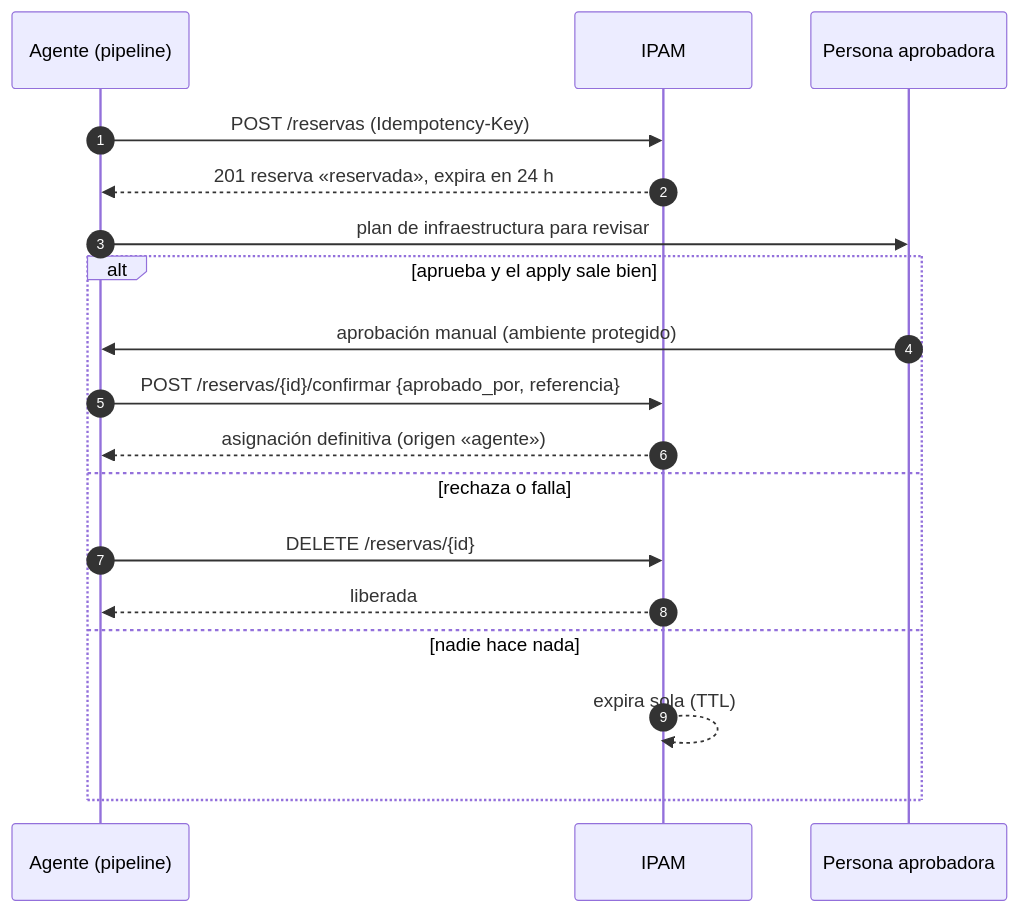
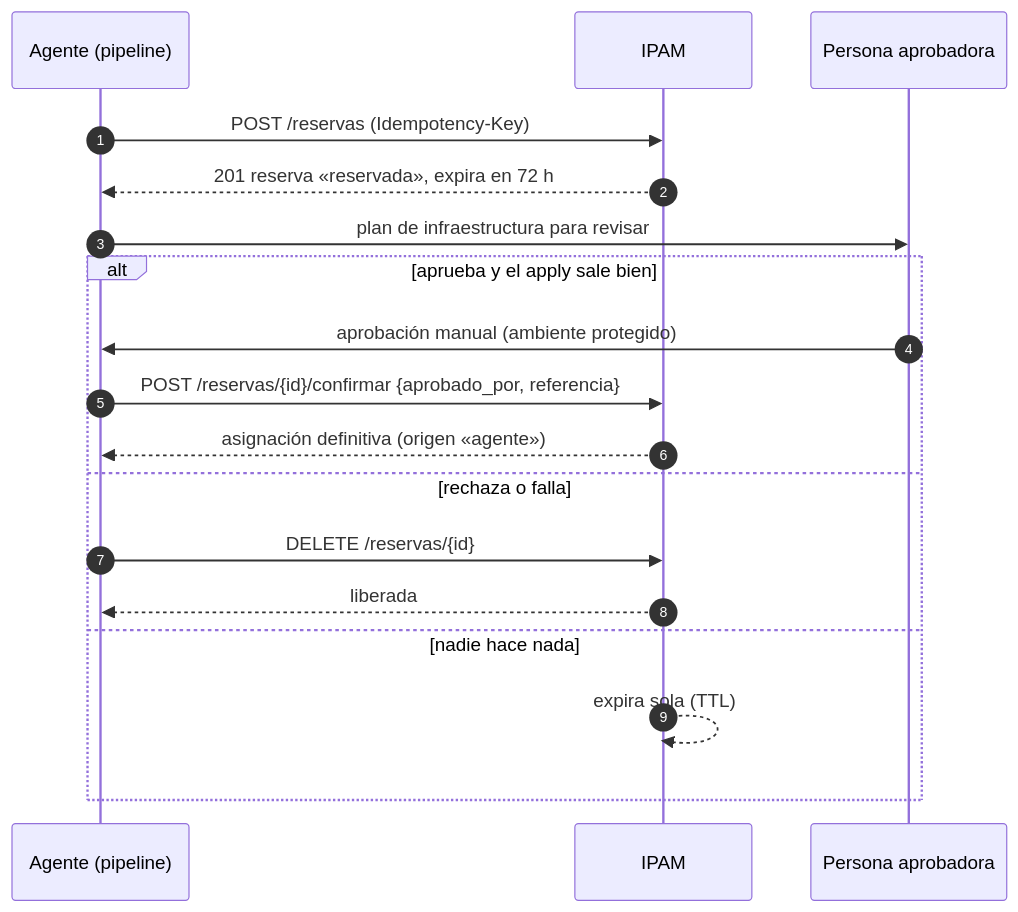
One commit to estratotechspa/ipam changed the third of 5 diagrams in docs/ARQUITECTURA.md. Above: the diagram before and after it, drawn with Mermaid. The commit also changed other lines of this file and 41 other files, not shown here.

````diff
--- a/docs/ARQUITECTURA.md
+++ b/docs/ARQUITECTURA.md
@@ -67,20 +67,20 @@
 ```mermaid
 sequenceDiagram
   autonumber
   participant G as Agente (pipeline)
   participant I as IPAM
   participant H as Persona aprobadora
   G->>I: POST /reservas (Idempotency-Key)
-  I-->>G: 201 reserva «reservada», expira en 24 h
+  I-->>G: 201 reserva «reservada», expira en 72 h
   G->>H: plan de infraestructura para revisar
   alt aprueba y el apply sale bien
     H->>G: aprobación manual (ambiente protegido)
     G->>I: POST /reservas/{id}/confirmar {aprobado_por, referencia}
     I-->>G: asignación definitiva (origen «agente»)
   else rechaza o falla
     G->>I: DELETE /reservas/{id}
     I-->>G: liberada
   else nadie hace nada
     I-->>I: expira sola (TTL)
   end
 ```
````
